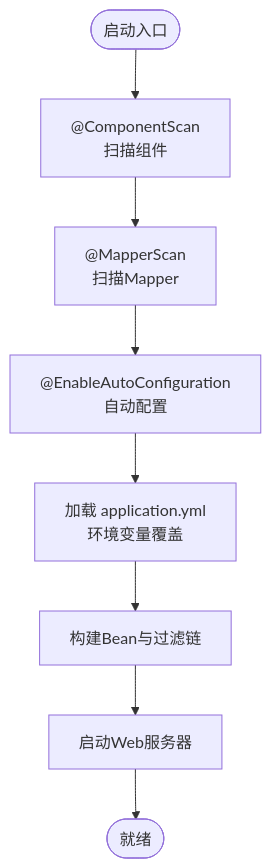
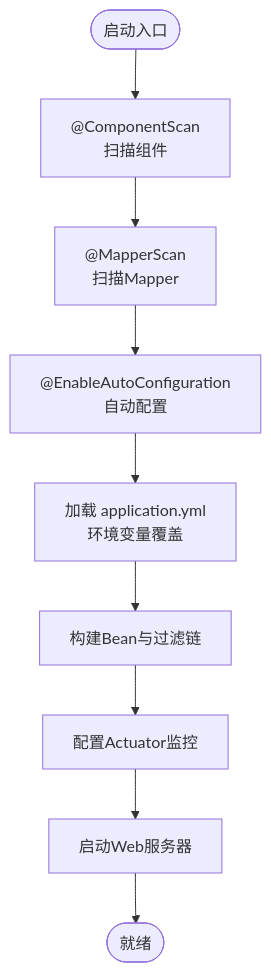
One commit to PersonNoName/FreeTrader changed the third of 7 diagrams in .qoder/repowiki/zh/content/后端系统/应用启动与配置.md. Above: the diagram before and after it, drawn with Mermaid. The commit also changed other lines of this file and 10 other files, not shown here.

````diff
--- a/.qoder/repowiki/zh/content/后端系统/应用启动与配置.md
+++ b/.qoder/repowiki/zh/content/后端系统/应用启动与配置.md
@@ -145,10 +181,11 @@
 ```mermaid
 flowchart TD
 Start(["启动入口"]) --> Scan["@ComponentScan<br/>扫描组件"]
 Scan --> MapperScan["@MapperScan<br/>扫描Mapper"]
 MapperScan --> AutoCfg["@EnableAutoConfiguration<br/>自动配置"]
 AutoCfg --> LoadYml["加载 application.yml<br/>环境变量覆盖"]
 LoadYml --> BuildBeans["构建Bean与过滤链"]
-BuildBeans --> RunServer["启动Web服务器"]
+BuildBeans --> ActuatorCfg["配置Actuator监控"]
+ActuatorCfg --> RunServer["启动Web服务器"]
 RunServer --> Ready(["就绪"])
 ```
````
